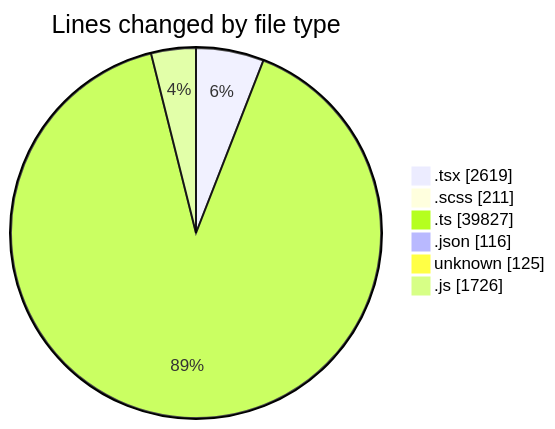
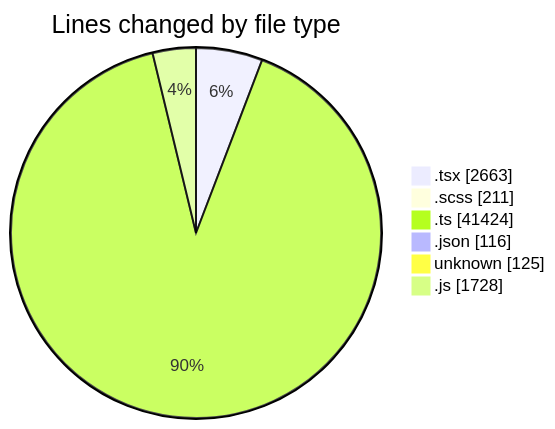
Before and after one commit to momahboobian/code-tracking: the first of 2 diagrams in 2026-09-04/cda/README.md, drawn with Mermaid. The commit also changed other lines of this file and 1 other file, not shown here.

````diff
--- a/2026-09-04/cda/README.md
+++ b/2026-09-04/cda/README.md
@@ -75,10 +77,10 @@
 ```mermaid
 pie showData
 title Lines changed by file type
-".tsx" : 2619
+".tsx" : 2663
 ".scss" : 211
-".ts" : 39827
+".ts" : 41424
 ".json" : 116
 "unknown" : 125
-".js" : 1726
+".js" : 1728
 ```
````
